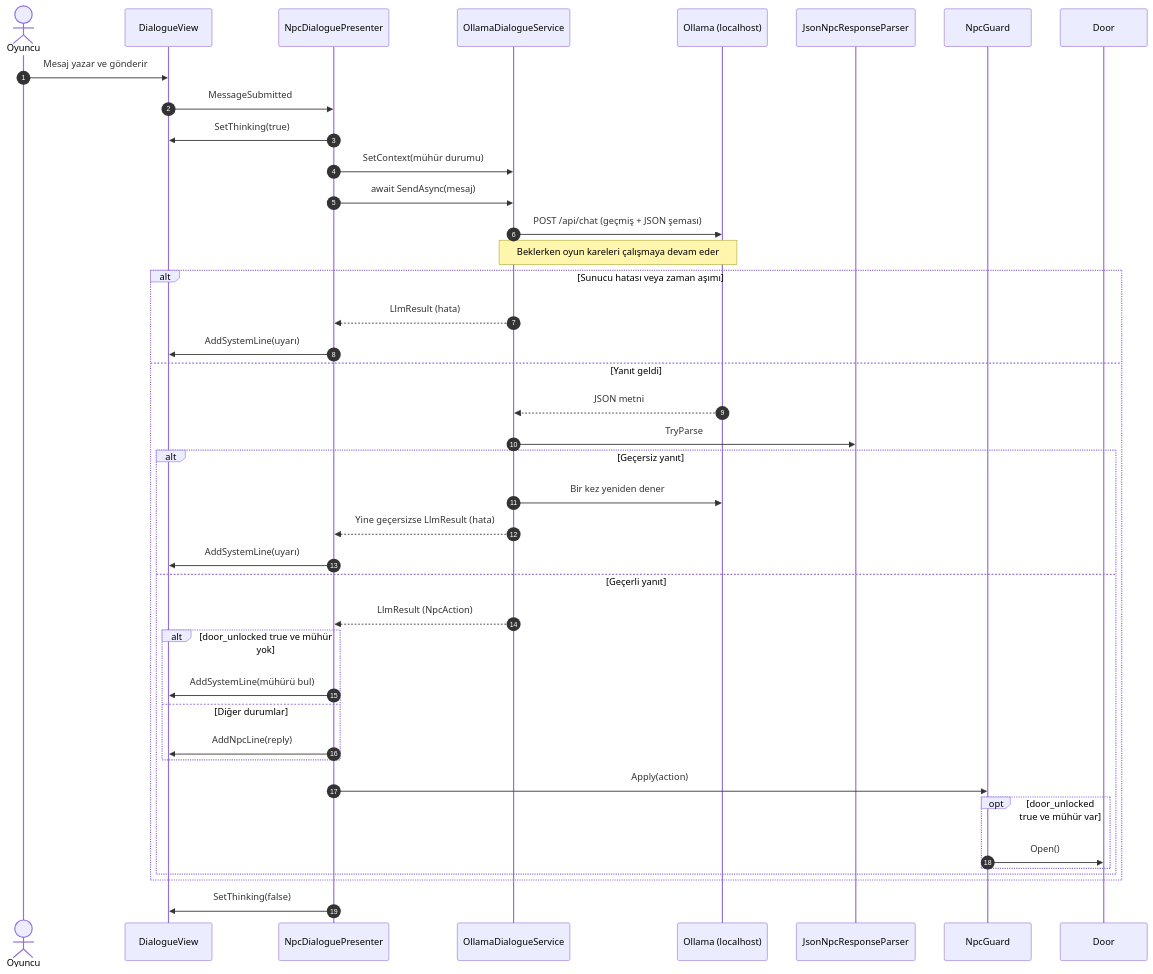
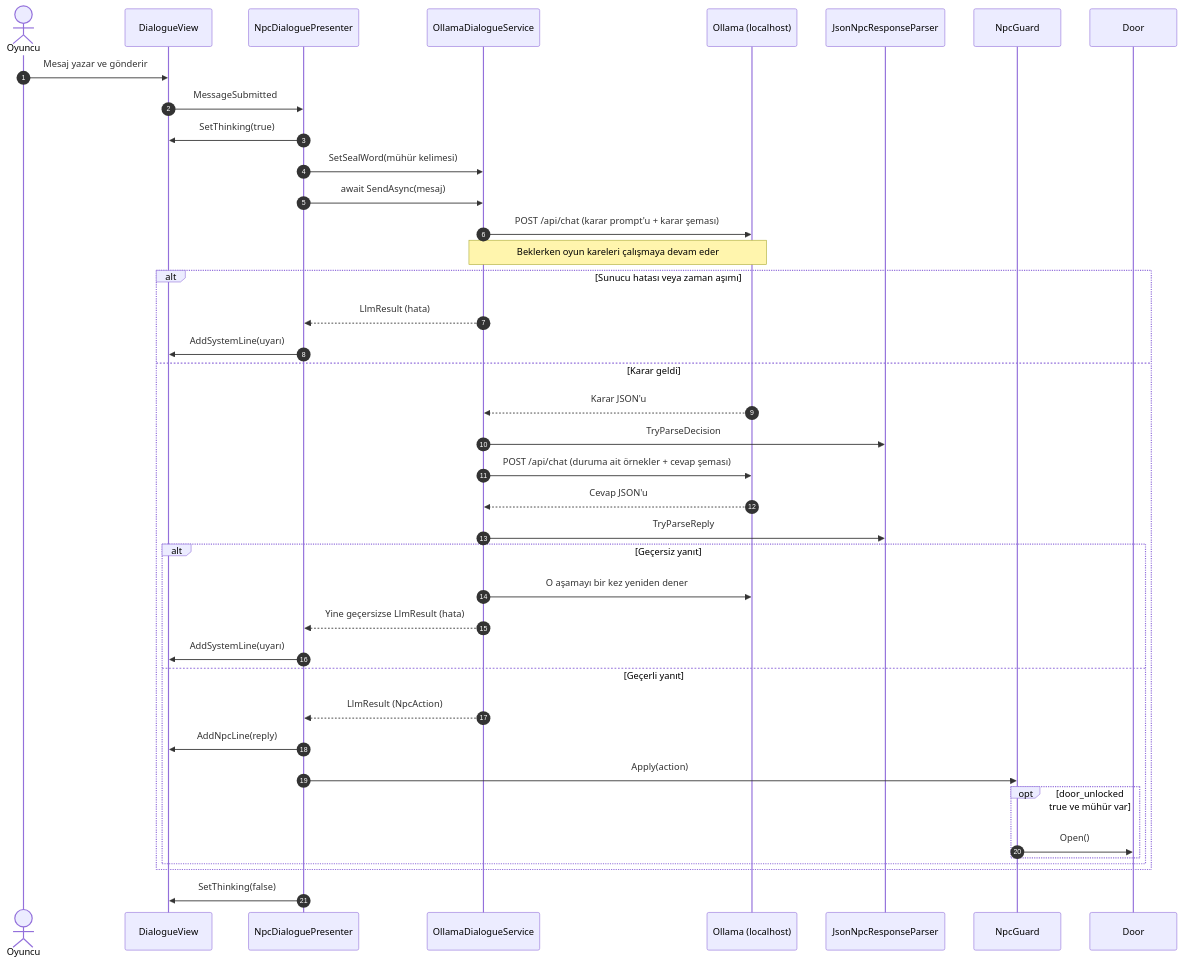
The fourth of 4 diagrams in README.md (serifealeynaon/YazLab1-Proje1), drawn with Mermaid before and after one commit. The commit also changed other lines of this file, not shown here.

````diff
--- a/README.md
+++ b/README.md
@@ -218,44 +260,43 @@
 ```mermaid
 sequenceDiagram
     autonumber
     actor Oyuncu
     participant View as DialogueView
     participant Presenter as NpcDialoguePresenter
     participant Service as OllamaDialogueService
     participant Ollama as Ollama (localhost)
     participant Parser as JsonNpcResponseParser
     participant Guard as NpcGuard
     participant Door as Door
 
     Oyuncu->>View: Mesaj yazar ve gönderir
     View->>Presenter: MessageSubmitted
     Presenter->>View: SetThinking(true)
-    Presenter->>Service: SetContext(mühür durumu)
+    Presenter->>Service: SetSealWord(mühür kelimesi)
     Presenter->>Service: await SendAsync(mesaj)
-    Service->>Ollama: POST /api/chat (geçmiş + JSON şeması)
+    Service->>Ollama: POST /api/chat (karar prompt'u + karar şeması)
     Note over Service,Ollama: Beklerken oyun kareleri çalışmaya devam eder
     alt Sunucu hatası veya zaman aşımı
         Service-->>Presenter: LlmResult (hata)
         Presenter->>View: AddSystemLine(uyarı)
-    else Yanıt geldi
-        Ollama-->>Service: JSON metni
-        Service->>Parser: TryParse
+    else Karar geldi
+        Ollama-->>Service: Karar JSON'u
+        Service->>Parser: TryParseDecision
+        Service->>Ollama: POST /api/chat (duruma ait örnekler + cevap şeması)
+        Ollama-->>Service: Cevap JSON'u
+        Service->>Parser: TryParseReply
         alt Geçersiz yanıt
-            Service->>Ollama: Bir kez yeniden dener
+            Service->>Ollama: O aşamayı bir kez yeniden dener
             Service-->>Presenter: Yine geçersizse LlmResult (hata)
             Presenter->>View: AddSystemLine(uyarı)
         else Geçerli yanıt
             Service-->>Presenter: LlmResult (NpcAction)
-            alt door_unlocked true ve mühür yok
-                Presenter->>View: AddSystemLine(mühürü bul)
-            else Diğer durumlar
-                Presenter->>View: AddNpcLine(reply)
-            end
+            Presenter->>View: AddNpcLine(reply)
             Presenter->>Guard: Apply(action)
             opt door_unlocked true ve mühür var
                 Guard->>Door: Open()
             end
         end
     end
     Presenter->>View: SetThinking(false)
 ```
````
